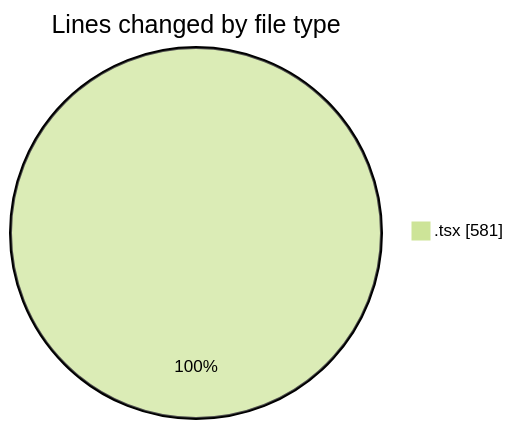
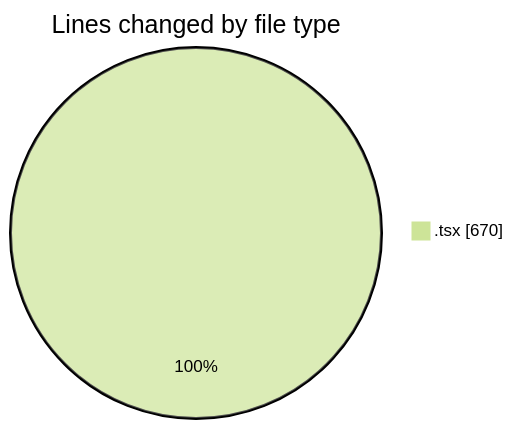
Before and after one commit to nxtqubesakshisongat/code-tracking: the first of 2 diagrams in 2026-03-10/nxtqube_webapp/README.md, drawn with Mermaid (forest theme). The commit also changed other lines of this file and 1 other file, not shown here.

````diff
--- a/2026-03-10/nxtqube_webapp/README.md
+++ b/2026-03-10/nxtqube_webapp/README.md
@@ -20,5 +20,5 @@
 ```mermaid
 pie showData
 title Lines changed by file type
-".tsx" : 581
+".tsx" : 670
 ```
````
